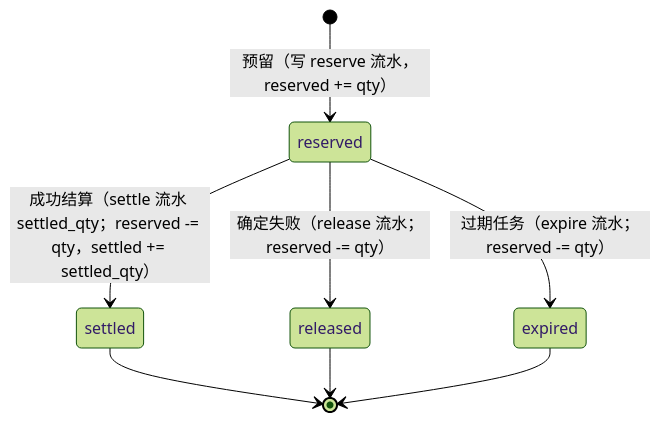
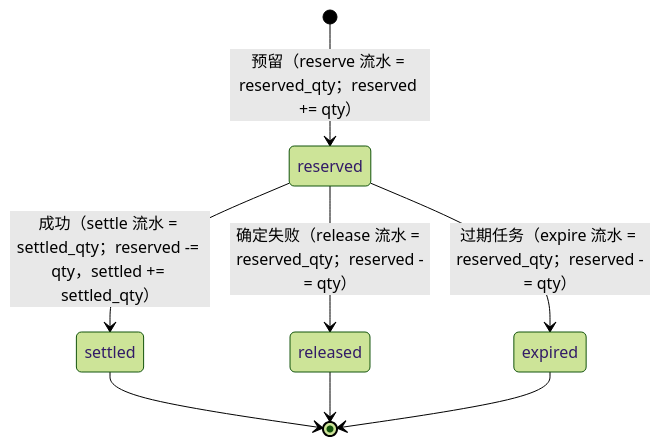
One commit to zeemen/starbuddy changed the second of 3 diagrams in docs/design/metering-schema.md. Above: the diagram before and after it, drawn with Mermaid (forest theme). The commit also changed other lines of this file and 7 other files, not shown here.

````diff
--- a/docs/design/metering-schema.md
+++ b/docs/design/metering-schema.md
@@ -55,10 +58,10 @@
 ```mermaid
 stateDiagram-v2
-  [*] --> reserved : 预留（写 reserve 流水，reserved += qty）
-  reserved --> settled : 成功结算（settle 流水 settled_qty；reserved -= qty，settled += settled_qty）
-  reserved --> released : 确定失败（release 流水；reserved -= qty）
-  reserved --> expired : 过期任务（expire 流水；reserved -= qty）
+  [*] --> reserved : 预留（reserve 流水 = reserved_qty；reserved += qty）
+  reserved --> settled : 成功（settle 流水 = settled_qty；reserved -= qty，settled += settled_qty）
+  reserved --> released : 确定失败（release 流水 = reserved_qty；reserved -= qty）
+  reserved --> expired : 过期任务（expire 流水 = reserved_qty；reserved -= qty）
   settled --> [*]
   released --> [*]
   expired --> [*]
 ```
````
